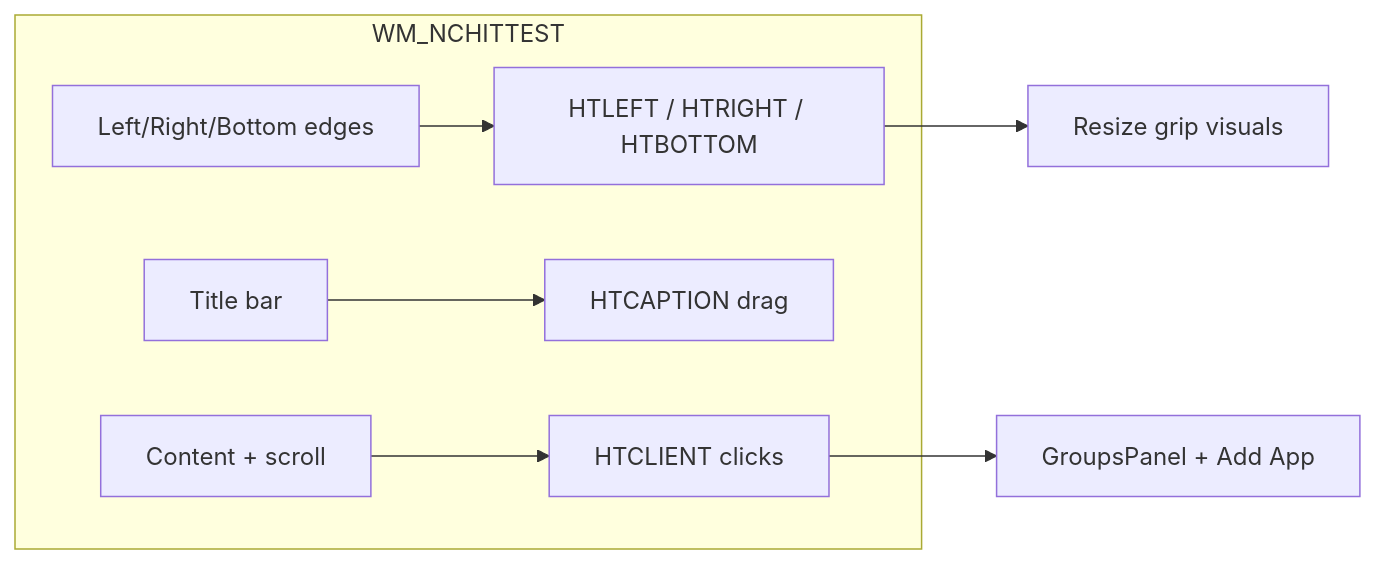
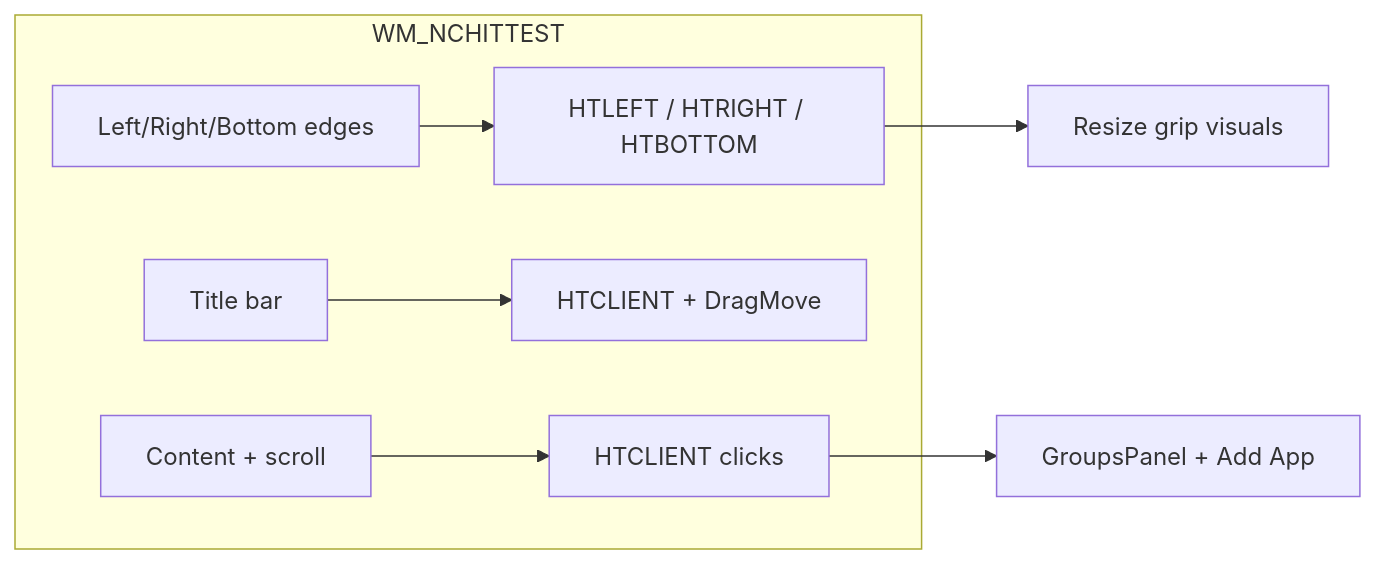
One commit to Otterdays/Task-Split changed the second of 3 diagrams in DOCS/ARCHITECTURE.md. Above: the diagram before and after it, drawn with Mermaid. The commit also changed other lines of this file and 19 other files, not shown here.

````diff
--- a/DOCS/ARCHITECTURE.md
+++ b/DOCS/ARCHITECTURE.md
@@ -35,10 +35,10 @@
 ```mermaid
 graph LR
     subgraph HitTest["WM_NCHITTEST"]
         E[Left/Right/Bottom edges] --> R[HTLEFT / HTRIGHT / HTBOTTOM]
-        T[Title bar] --> C[HTCAPTION drag]
+        T[Title bar] --> C[HTCLIENT + DragMove]
         P[Content + scroll] --> CL[HTCLIENT clicks]
     end
     R --> FX[Resize grip visuals]
     CL --> GP[GroupsPanel + Add App]
 ```
````
